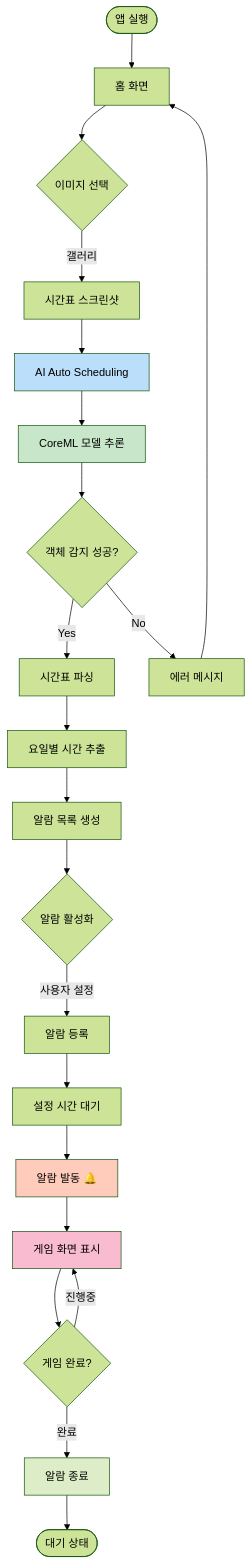
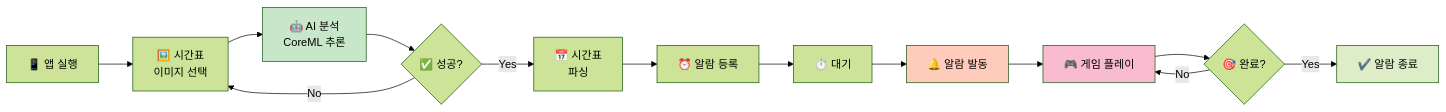
The third of 6 diagrams in README.md (Jaehyeon-kr/Every_Alarm), drawn with Mermaid (forest theme) before and after one commit. The commit also changed other lines of this file, not shown here.

````diff
--- a/README.md
+++ b/README.md
@@ -172,29 +172,20 @@
 ```mermaid
-flowchart TD
-    Start([앱 실행]) --> A[홈 화면]
-    A --> B{이미지 선택}
-    B -->|갤러리| C[시간표 스크린샷]
-    C --> D[AI Auto Scheduling]
-    D --> E[CoreML 모델 추론]
-    E --> F{객체 감지 성공?}
-    F -->|Yes| G[시간표 파싱]
-    F -->|No| H[에러 메시지]
-    H --> A
-    G --> I[요일별 시간 추출]
-    I --> J[알람 목록 생성]
-    J --> K{알람 활성화}
-    K -->|사용자 설정| L[알람 등록]
-    L --> M[설정 시간 대기]
-    M --> N[알람 발동 🔔]
-    N --> O[게임 화면 표시]
-    O --> P{게임 완료?}
-    P -->|완료| Q[알람 종료]
-    P -->|진행중| O
-    Q --> End([대기 상태])
+flowchart LR
+    A[📱 앱 실행] --> B[🖼️ 시간표<br/>이미지 선택]
+    B --> C[🤖 AI 분석<br/>CoreML 추론]
+    C --> D{✅ 성공?}
+    D -->|Yes| E[📅 시간표<br/>파싱]
+    D -->|No| B
+    E --> F[⏰ 알람 등록]
+    F --> G[⏱️ 대기]
+    G --> H[🔔 알람 발동]
+    H --> I[🎮 게임 플레이]
+    I --> J{🎯 완료?}
+    J -->|No| I
+    J -->|Yes| K[✔️ 알람 종료]
 
-    style D fill:#bbdefb
-    style E fill:#c8e6c9
-    style N fill:#ffccbc
-    style O fill:#f8bbd0
-    style Q fill:#dcedc8
+    style C fill:#c8e6c9
+    style H fill:#ffccbc
+    style I fill:#f8bbd0
+    style K fill:#dcedc8
 ```
````
